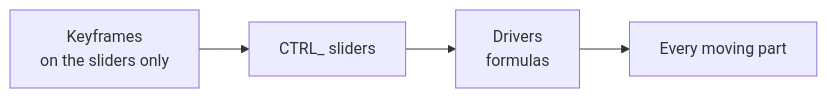
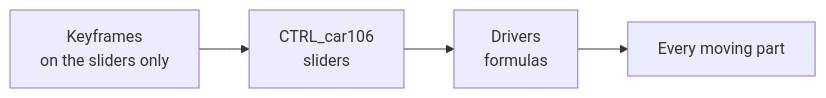
Diagram 19 of 25 in docs/how-it-works.md (anteloc/ldraw-mecha), drawn with Mermaid before and after one commit. The commit also changed other lines of this file and 1 other file, not shown here.

````diff
--- a/docs/how-it-works.md
+++ b/docs/how-it-works.md
@@ -545,4 +681,4 @@
 ```mermaid
 flowchart LR
-    keys["Keyframes<br/>on the sliders only"] --> ctrl["CTRL_ sliders"] --> drv["Drivers<br/>formulas"] --> parts["Every moving part"]
+    keys["Keyframes<br/>on the sliders only"] --> ctrl["CTRL_car106<br/>sliders"] --> drv["Drivers<br/>formulas"] --> parts["Every moving part"]
 ```
````
